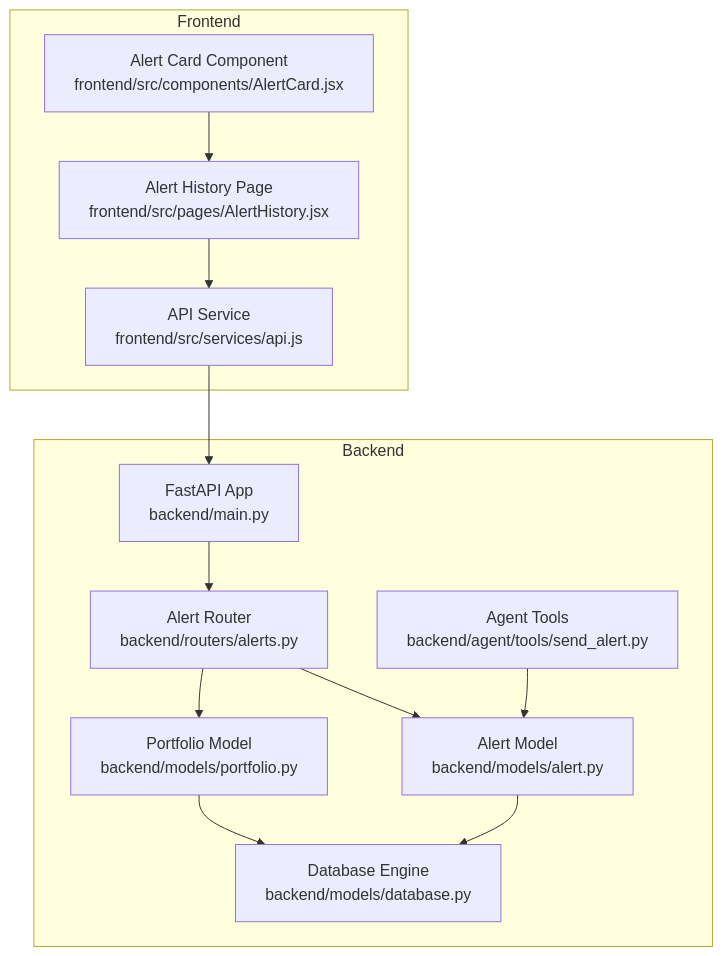
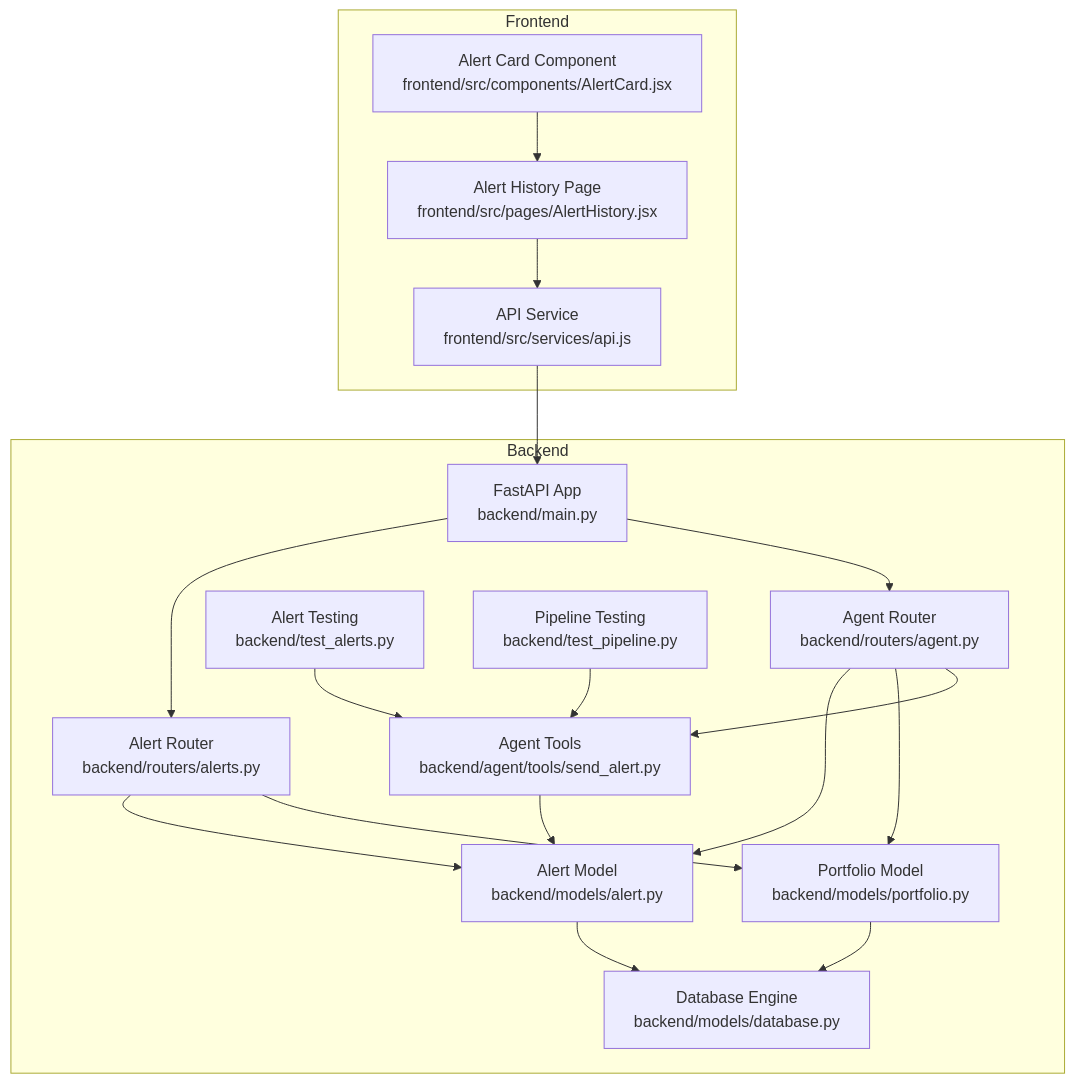
One commit to ishwarambare/ishwarambare-app changed the first of 4 diagrams in .qoder/repowiki/en/content/API Documentation/Alert Management API.md. Above: the diagram before and after it, drawn with Mermaid. The commit also changed other lines of this file and 4 other files, not shown here.

First line of the commit message:
test(alerts): add comprehensive testing framework for alert delivery and pipeline

````diff
--- a/.qoder/repowiki/en/content/API Documentation/Alert Management API.md
+++ b/.qoder/repowiki/en/content/API Documentation/Alert Management API.md
@@ -34,25 +45,34 @@
 ```mermaid
 graph TB
 subgraph "Backend"
 A["FastAPI App<br/>backend/main.py"]
 B["Alert Router<br/>backend/routers/alerts.py"]
-C["Alert Model<br/>backend/models/alert.py"]
-D["Portfolio Model<br/>backend/models/portfolio.py"]
-E["Database Engine<br/>backend/models/database.py"]
-F["Agent Tools<br/>backend/agent/tools/send_alert.py"]
+C["Agent Router<br/>backend/routers/agent.py"]
+D["Alert Model<br/>backend/models/alert.py"]
+E["Portfolio Model<br/>backend/models/portfolio.py"]
+F["Database Engine<br/>backend/models/database.py"]
+G["Agent Tools<br/>backend/agent/tools/send_alert.py"]
+H["Alert Testing<br/>backend/test_alerts.py"]
+I["Pipeline Testing<br/>backend/test_pipeline.py"]
 end
 subgraph "Frontend"
-G["API Service<br/>frontend/src/services/api.js"]
-H["Alert History Page<br/>frontend/src/pages/AlertHistory.jsx"]
-I["Alert Card Component<br/>frontend/src/components/AlertCard.jsx"]
+J["API Service<br/>frontend/src/services/api.js"]
+K["Alert History Page<br/>frontend/src/pages/AlertHistory.jsx"]
+L["Alert Card Component<br/>frontend/src/components/AlertCard.jsx"]
 end
 A --> B
-B --> C
+A --> C
 B --> D
+B --> E
+C --> D
 C --> E
-D --> E
-F --> C
-G --> A
+C --> G
+D --> F
+E --> F
+G --> D
 H --> G
-I --> H
+I --> G
+J --> A
+K --> J
+L --> K
 ```
````
